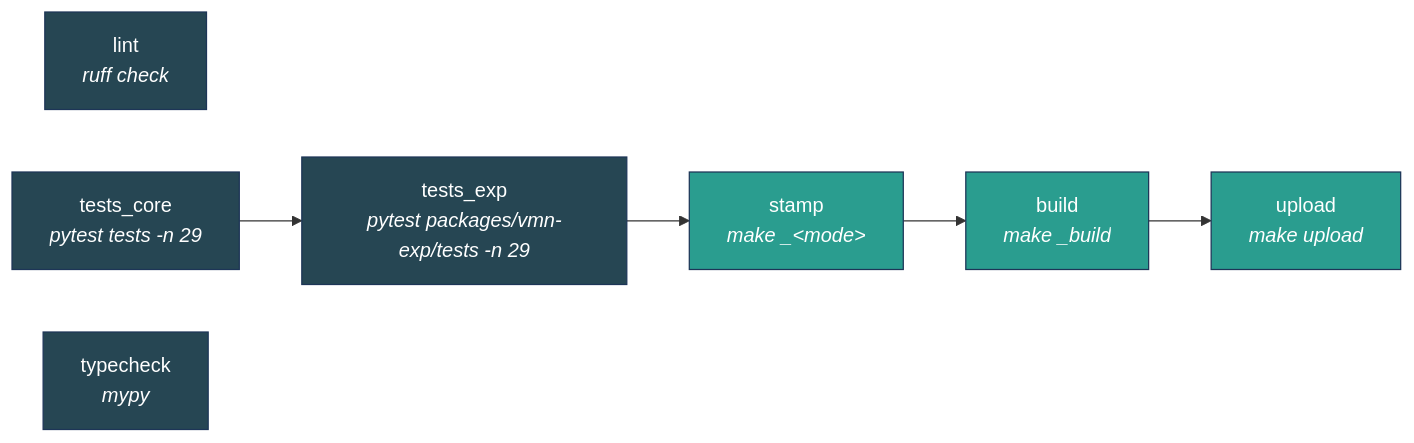
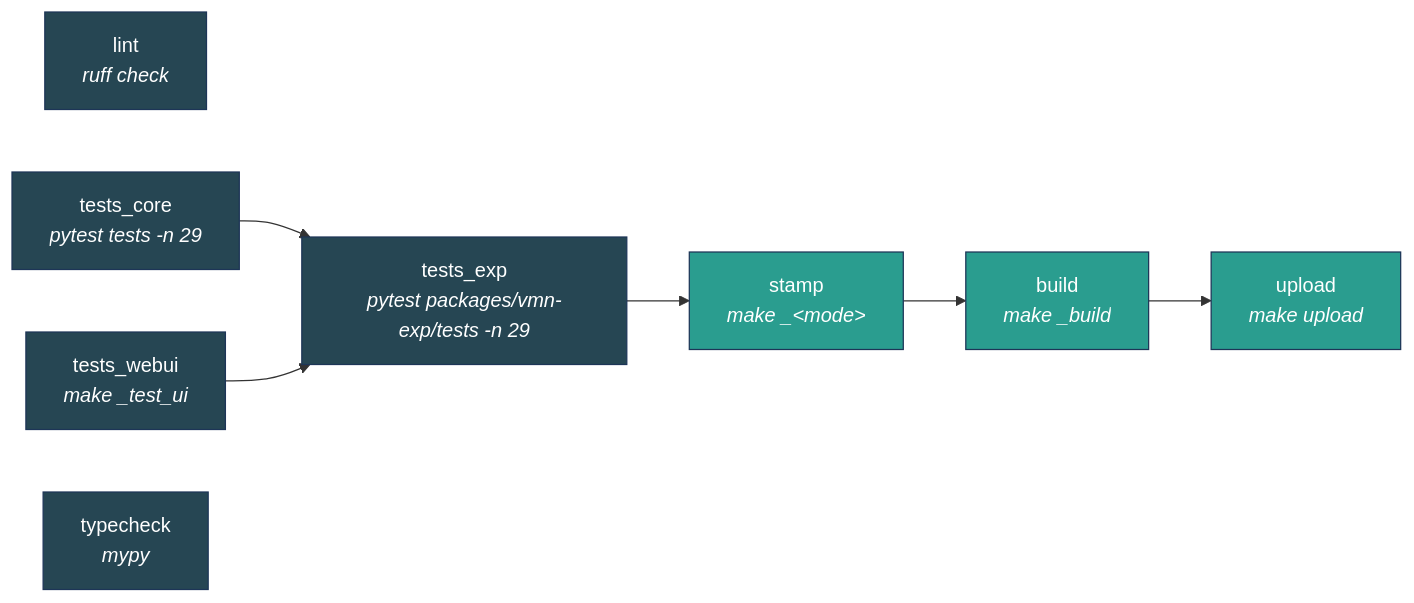
One commit to progovoy/vmn changed the second of 2 diagrams in ci/README.md. Above: the diagram before and after it, drawn with Mermaid. The commit also changed other lines of this file and 4 other files, not shown here.

First line of the commit message:
ci: run the web client's vitest suite as a blocking tests_webui stage

````diff
--- a/ci/README.md
+++ b/ci/README.md
@@ -44,19 +44,22 @@
 ```mermaid
 graph LR
     lint["lint<br/><i>ruff check</i>"]
     tests_core["tests_core<br/><i>pytest tests -n 29</i>"]
     tests_exp["tests_exp<br/><i>pytest packages/vmn-exp/tests -n 29</i>"]
+    tests_webui["tests_webui<br/><i>make _test_ui</i>"]
     typecheck["typecheck<br/><i>mypy</i>"]
     tests_core --> tests_exp
+    tests_webui --> tests_exp
     tests_exp --> stamp["stamp<br/><i>make _&lt;mode&gt;</i>"]
     stamp --> build["build<br/><i>make _build</i>"]
     build --> upload["upload<br/><i>make upload</i>"]
 
     style lint fill:#264653,stroke:#1d3557,color:#fff
     style tests_core fill:#264653,stroke:#1d3557,color:#fff
     style tests_exp fill:#264653,stroke:#1d3557,color:#fff
+    style tests_webui fill:#264653,stroke:#1d3557,color:#fff
     style typecheck fill:#264653,stroke:#1d3557,color:#fff
     style stamp fill:#2a9d8f,stroke:#1d3557,color:#fff
     style build fill:#2a9d8f,stroke:#1d3557,color:#fff
     style upload fill:#2a9d8f,stroke:#1d3557,color:#fff
 ```
````
